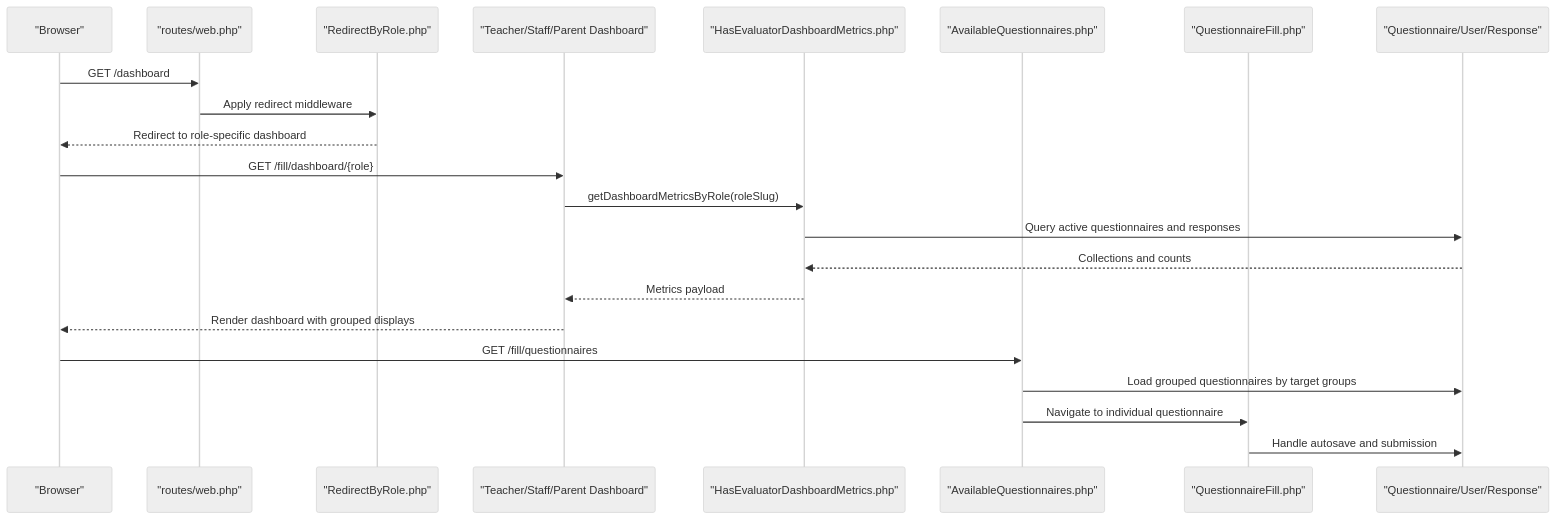
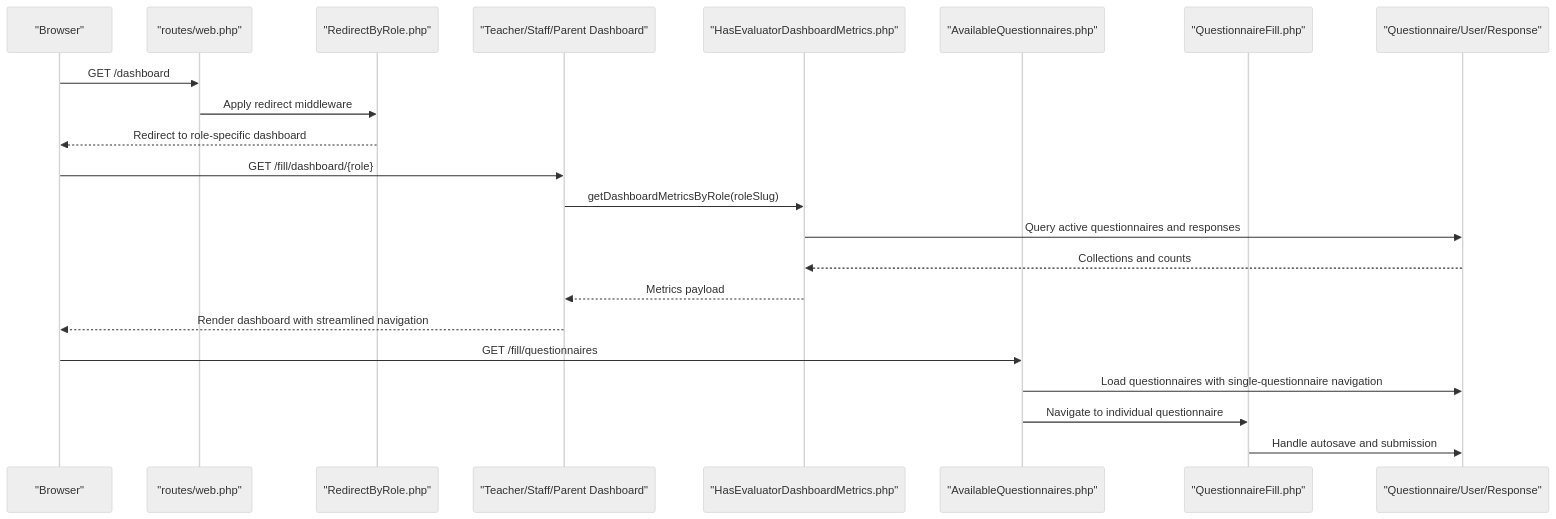
The second of 7 diagrams in .qoder/repowiki/en/content/Core Features/Evaluation Workflows/Evaluation Workflows.md (rudicatsmile/assesment360), drawn with Mermaid (neutral theme) before and after one commit. The commit also changed other lines of this file and 15 other files, not shown here.

````diff
--- a/.qoder/repowiki/en/content/Core Features/Evaluation Workflows/Evaluation Workflows.md
+++ b/.qoder/repowiki/en/content/Core Features/Evaluation Workflows/Evaluation Workflows.md
@@ -161,24 +162,24 @@
 ```mermaid
 sequenceDiagram
 participant Browser as "Browser"
 participant Routes as "routes/web.php"
 participant RBAC as "RedirectByRole.php"
 participant Dash as "Teacher/Staff/Parent Dashboard"
 participant Trait as "HasEvaluatorDashboardMetrics.php"
 participant Groups as "AvailableQuestionnaires.php"
 participant Form as "QuestionnaireFill.php"
 participant Models as "Questionnaire/User/Response"
 Browser->>Routes : GET /dashboard
 Routes->>RBAC : Apply redirect middleware
 RBAC-->>Browser : Redirect to role-specific dashboard
 Browser->>Dash : GET /fill/dashboard/{role}
 Dash->>Trait : getDashboardMetricsByRole(roleSlug)
 Trait->>Models : Query active questionnaires and responses
 Models-->>Trait : Collections and counts
 Trait-->>Dash : Metrics payload
-Dash-->>Browser : Render dashboard with grouped displays
+Dash-->>Browser : Render dashboard with streamlined navigation
 Browser->>Groups : GET /fill/questionnaires
-Groups->>Models : Load grouped questionnaires by target groups
+Groups->>Models : Load questionnaires with single-questionnaire navigation
 Groups->>Form : Navigate to individual questionnaire
 Form->>Models : Handle autosave and submission
 ```
````
